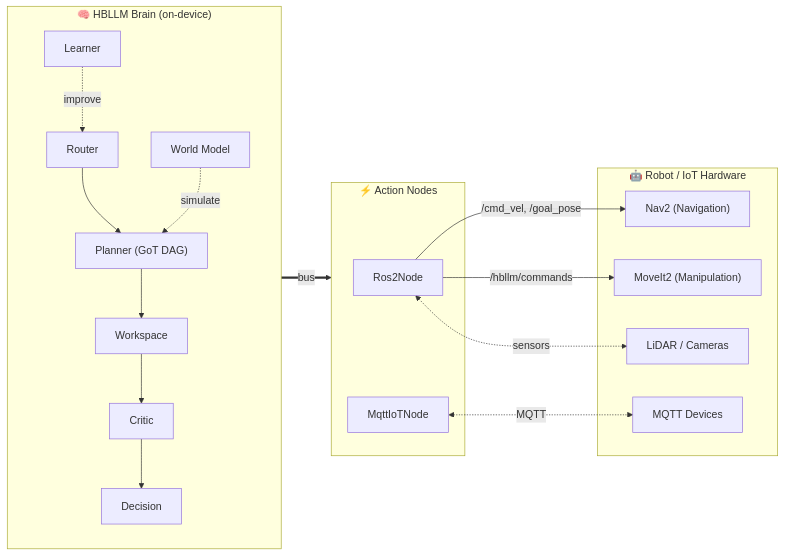
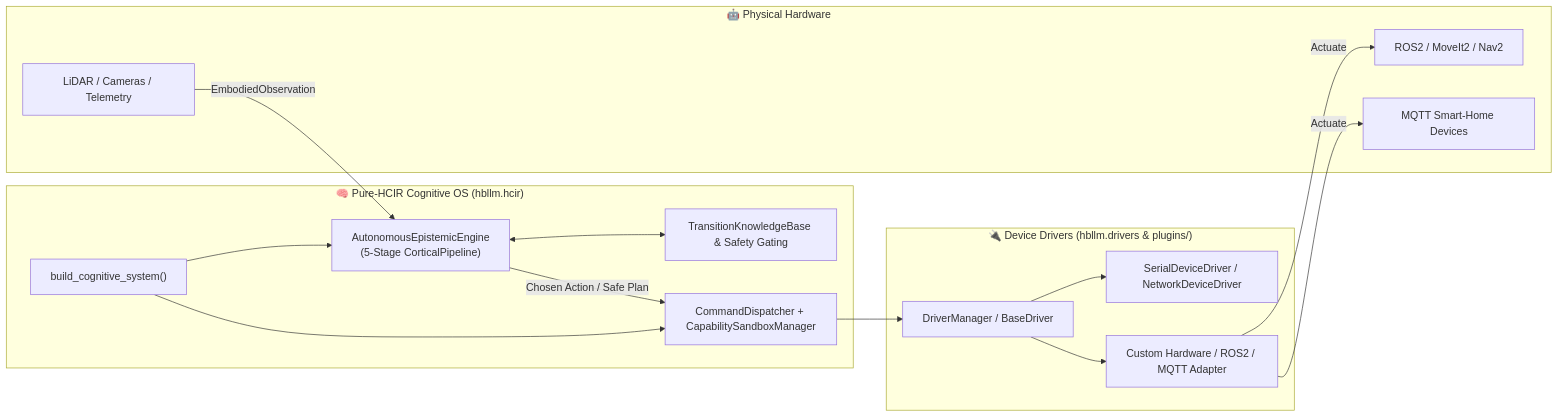
The diagram in docs/guides/robotics-iot.md (HBLLM/hbllm-core), drawn with Mermaid before and after one commit. The commit also changed other lines of this file and 76 other files, not shown here.

Commit message:
docs: update documentation for Pure-HCIR Cognitive OS and remove obsolete legacy docs

````diff
--- a/docs/guides/robotics-iot.md
+++ b/docs/guides/robotics-iot.md
@@ -17,30 +14,28 @@
 ```mermaid
 flowchart LR
-    subgraph BRAIN["🧠 HBLLM Brain (on-device)"]
-        direction TB
-        R["Router"] --> P["Planner (GoT DAG)"]
-        P --> W["Workspace"]
-        W --> C["Critic"]
-        C --> D["Decision"]
-        L["Learner"] -.->|"improve"| R
-        WM["World Model"] -.->|"simulate"| P
+    subgraph HCIR["🧠 Pure-HCIR Cognitive OS (hbllm.hcir)"]
+        BOOT["build_cognitive_system()"]
+        AEE["AutonomousEpistemicEngine<br/>(5-Stage CorticalPipeline)"]
+        TKB["TransitionKnowledgeBase &amp; Safety Gating"]
+        CAP["CommandDispatcher + CapabilitySandboxManager"]
+        BOOT --> AEE <--> TKB
+        BOOT --> CAP
     end
 
-    subgraph ACTIONS["⚡ Action Nodes"]
-        ROS["Ros2Node"]
-        IOT["MqttIoTNode"]
+    subgraph DRIVERS["🔌 Device Drivers (hbllm.drivers &amp; plugins/)"]
+        DM["DriverManager / BaseDriver"]
+        SERIAL["SerialDeviceDriver / NetworkDeviceDriver"]
+        ADAPTER["Custom Hardware / ROS2 / MQTT Adapter"]
     end
 
-    subgraph ROBOT["🤖 Robot / IoT Hardware"]
-        NAV["Nav2 (Navigation)"]
-        ARM["MoveIt2 (Manipulation)"]
-        LIDAR["LiDAR / Cameras"]
-        MQTT["MQTT Devices"]
+    subgraph HW["🤖 Physical Hardware"]
+        ROBOT["ROS2 / MoveIt2 / Nav2"]
+        SENSORS["LiDAR / Cameras / Telemetry"]
+        MQTT["MQTT Smart-Home Devices"]
     end
 
-    BRAIN ==>|"bus"| ACTIONS
-    ROS -->|"/cmd_vel, /goal_pose"| NAV
-    ROS -->|"/hbllm/commands"| ARM
-    ROS <-.->|"sensors"| LIDAR
-    IOT <-.->|"MQTT"| MQTT
+    SENSORS -->|EmbodiedObservation| AEE
+    AEE -->|"Chosen Action / Safe Plan"| CAP --> DM
+    DM --> SERIAL & ADAPTER
+    ADAPTER -->|Actuate| ROBOT & MQTT
 ```
````
